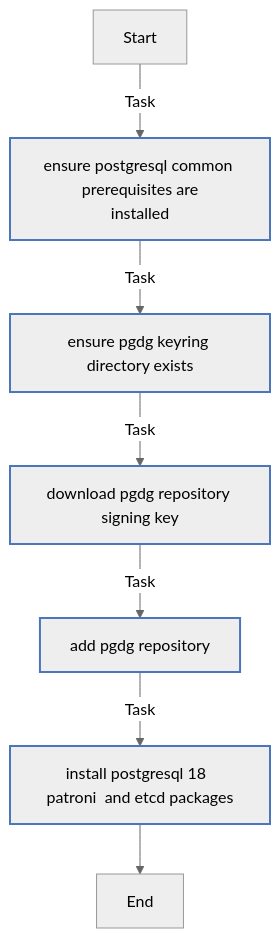
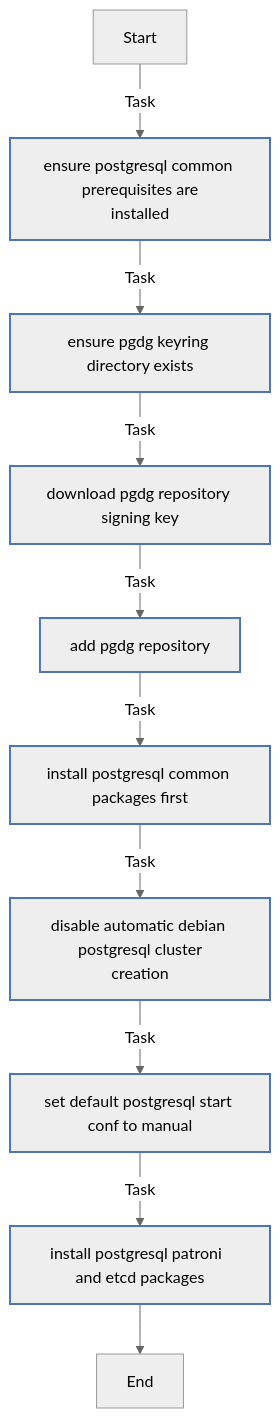
One commit to Lebowski89/homelab changed the sixth of 9 diagrams in ansible/roles/postgres/README.md. Above: the diagram before and after it, drawn with Mermaid (neutral theme). The commit also changed other lines of this file and 16 other files, not shown here.

````diff
--- a/ansible/roles/postgres/README.md
+++ b/ansible/roles/postgres/README.md
@@ -151,19 +356,22 @@
 ```mermaid
 flowchart TD
 Start
 classDef block stroke:#3498db,stroke-width:2px;
 classDef task stroke:#4b76bb,stroke-width:2px;
 classDef includeTasks stroke:#16a085,stroke-width:2px;
 classDef importTasks stroke:#34495e,stroke-width:2px;
 classDef includeRole stroke:#2980b9,stroke-width:2px;
 classDef importRole stroke:#699ba7,stroke-width:2px;
 classDef includeVars stroke:#8e44ad,stroke-width:2px;
 classDef rescue stroke:#665352,stroke-width:2px;
 
   Start-->|Task| Ensure_PostgreSQL_common_prerequisites_are_installed0[ensure postgresql common prerequisites are<br>installed]:::task
   Ensure_PostgreSQL_common_prerequisites_are_installed0-->|Task| Ensure_PGDG_keyring_directory_exists1[ensure pgdg keyring directory exists]:::task
   Ensure_PGDG_keyring_directory_exists1-->|Task| Download_PGDG_repository_signing_key2[download pgdg repository signing key]:::task
   Download_PGDG_repository_signing_key2-->|Task| Add_PGDG_repository3[add pgdg repository]:::task
-  Add_PGDG_repository3-->|Task| Install_PostgreSQL_18__Patroni__and_etcd_packages4[install postgresql 18  patroni  and etcd packages]:::task
-  Install_PostgreSQL_18__Patroni__and_etcd_packages4-->End
+  Add_PGDG_repository3-->|Task| Install_PostgreSQL_common_packages_first4[install postgresql common packages first]:::task
+  Install_PostgreSQL_common_packages_first4-->|Task| Disable_automatic_Debian_PostgreSQL_cluster_creation5[disable automatic debian postgresql cluster<br>creation]:::task
+  Disable_automatic_Debian_PostgreSQL_cluster_creation5-->|Task| Set_default_PostgreSQL_start_conf_to_manual6[set default postgresql start conf to manual]:::task
+  Set_default_PostgreSQL_start_conf_to_manual6-->|Task| Install_PostgreSQL_Patroni__and_etcd_packages7[install postgresql patroni  and etcd packages]:::task
+  Install_PostgreSQL_Patroni__and_etcd_packages7-->End
 ```
````
